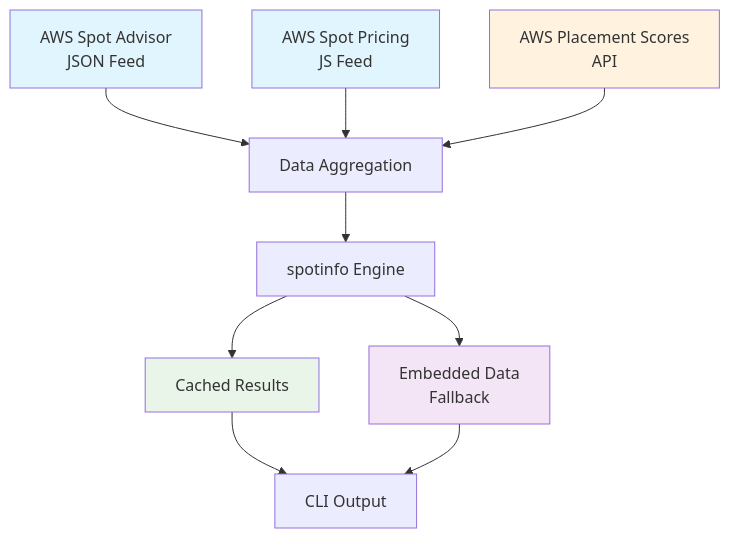
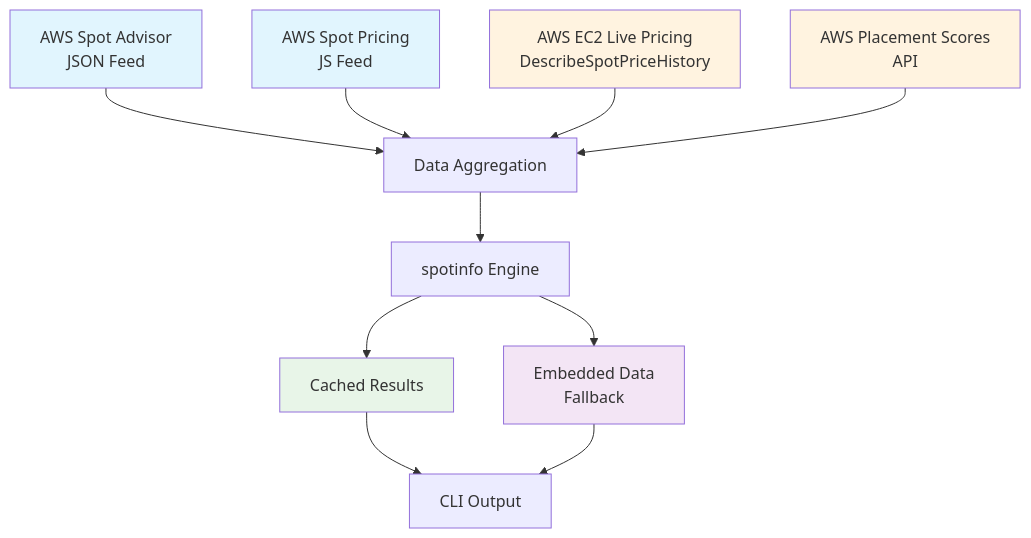
One commit to alexei-led/spotinfo changed the diagram in docs/data-sources.md. Above: the diagram before and after it, drawn with Mermaid. The commit also changed other lines of this file and 4 other files, not shown here.

First line of the commit message:
feat: update embedded data and document live price fallback

````diff
--- a/docs/data-sources.md
+++ b/docs/data-sources.md
@@ -39,20 +53,22 @@
 ```mermaid
 graph TB
     A[AWS Spot Advisor<br/>JSON Feed] --> D[Data Aggregation]
     B[AWS Spot Pricing<br/>JS Feed] --> D
+    B2[AWS EC2 Live Pricing<br/>DescribeSpotPriceHistory] --> D
     C[AWS Placement Scores<br/>API] --> D
-    
+
     D --> E[spotinfo Engine]
-    
+
     E --> F[Embedded Data<br/>Fallback]
     E --> G[Cached Results]
-    
+
     G --> H[CLI Output]
     F --> H
-    
+
     style A fill:#e1f5fe
     style B fill:#e1f5fe
+    style B2 fill:#fff3e0
     style C fill:#fff3e0
     style F fill:#f3e5f5
     style G fill:#e8f5e8
 ```
````
